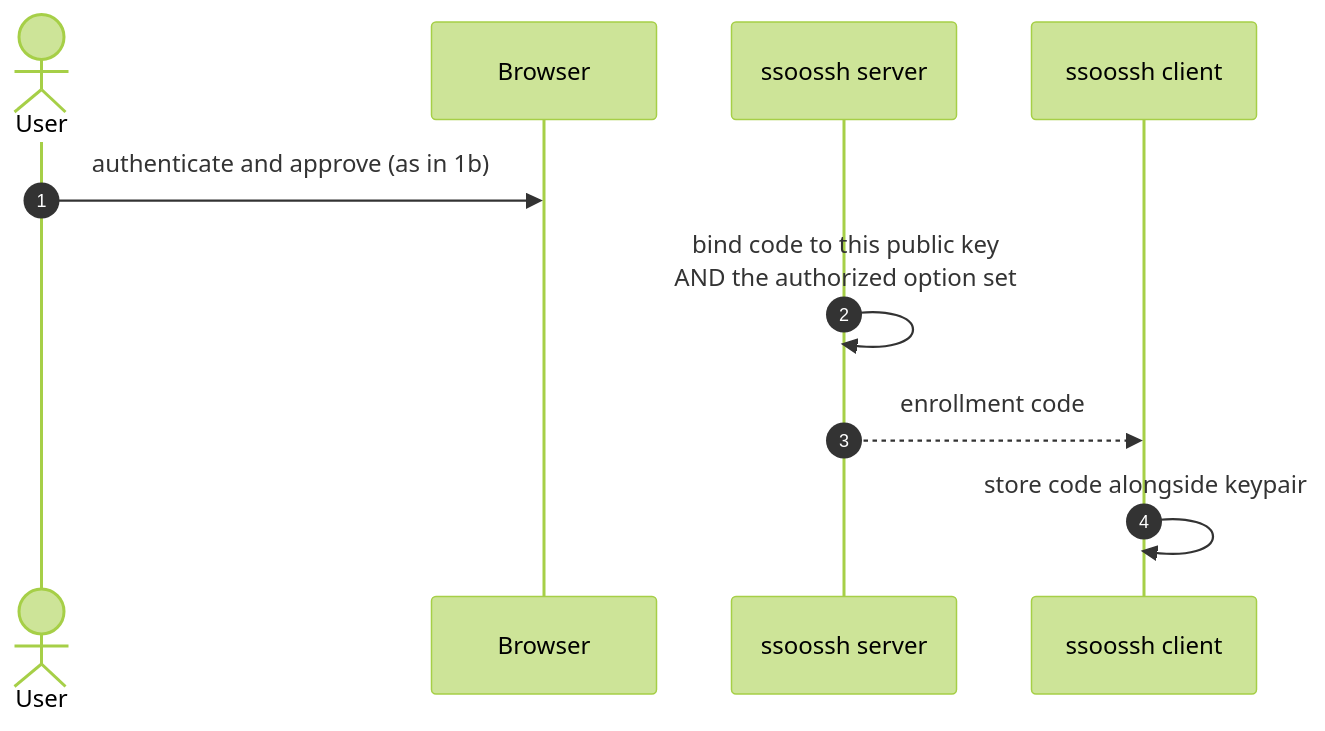
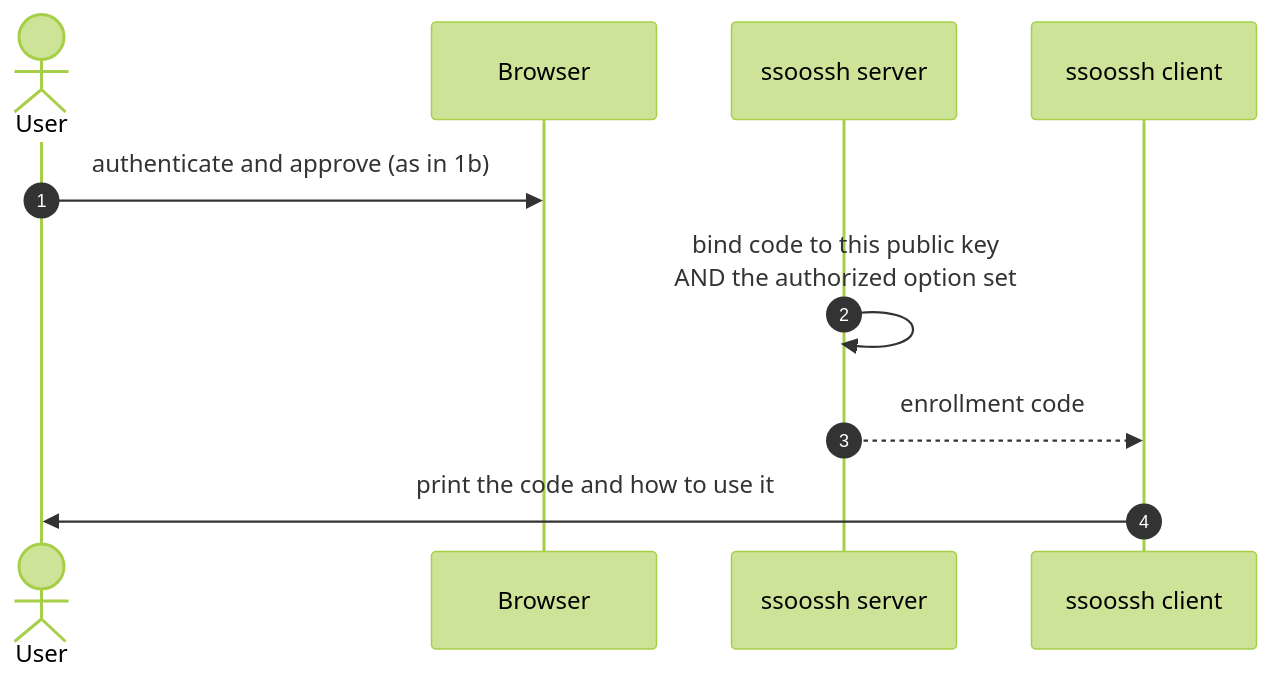
Before and after one commit to mnestor/ssoossh: the eighth of 11 diagrams in docs/flows.md, drawn with Mermaid (forest theme). The commit also changed other lines of this file and 8 other files, not shown here.

````diff
--- a/docs/flows.md
+++ b/docs/flows.md
@@ -197,13 +198,13 @@
 ```mermaid
 sequenceDiagram
     autonumber
     actor User
     participant Browser
     participant Server as ssoossh server
     participant Client as ssoossh client
 
     User->>Browser: authenticate and approve (as in 1b)
     Server->>Server: bind code to this public key<br/>AND the authorized option set
     Server-->>Client: enrollment code
-    Client->>Client: store code alongside keypair
+    Client->>User: print the code and how to use it
 ```
````
